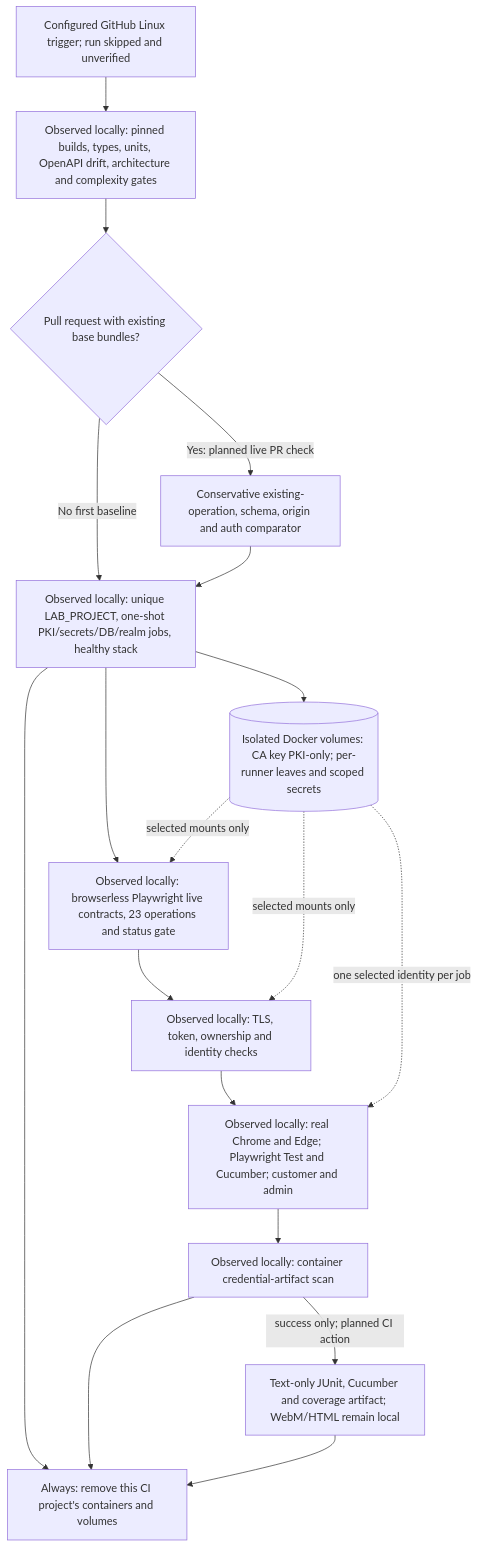
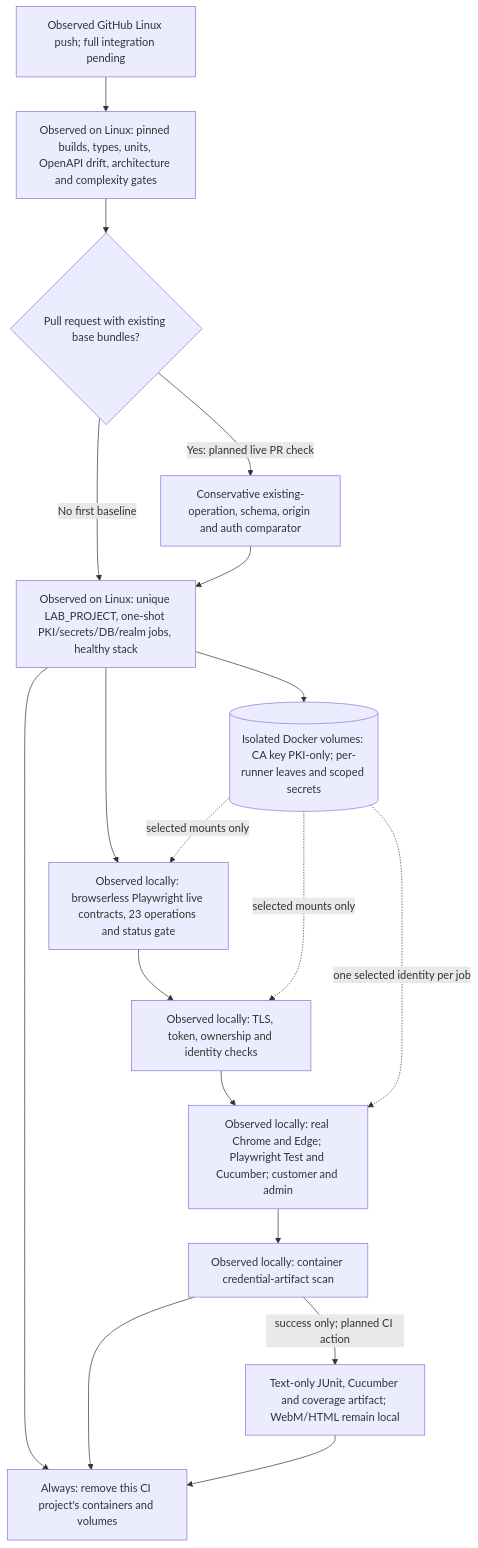
The tenth of 18 diagrams in docs/workflows.md (orieken/testing-with-certs), drawn with Mermaid before and after one commit. The commit also changed other lines of this file and 10 other files, not shown here.

Commit message:
Refresh pinned Chrome package for native Linux CI

````diff
--- a/docs/workflows.md
+++ b/docs/workflows.md
@@ -329,20 +329,20 @@
 ```mermaid
 flowchart TD
-  Trigger["Configured GitHub Linux trigger; run skipped and unverified"] --> Static["Observed locally: pinned builds, types, units, OpenAPI drift, architecture and complexity gates"]
+  Trigger["Observed GitHub Linux push; full integration pending"] --> Static["Observed on Linux: pinned builds, types, units, OpenAPI drift, architecture and complexity gates"]
   Static --> Base{"Pull request with existing base bundles?"}
   Base -->|"Yes: planned live PR check"| Compare["Conservative existing-operation, schema, origin and auth comparator"]
   Base -->|"No first baseline"| Compose
-  Compare --> Compose["Observed locally: unique LAB_PROJECT, one-shot PKI/secrets/DB/realm jobs, healthy stack"]
+  Compare --> Compose["Observed on Linux: unique LAB_PROJECT, one-shot PKI/secrets/DB/realm jobs, healthy stack"]
   Compose --> Certs[("Isolated Docker volumes: CA key PKI-only; per-runner leaves and scoped secrets")]
   Compose --> Contracts["Observed locally: browserless Playwright live contracts, 23 operations and status gate"]
   Contracts --> Security["Observed locally: TLS, token, ownership and identity checks"]
   Security --> Matrix["Observed locally: real Chrome and Edge; Playwright Test and Cucumber; customer and admin"]
   Certs -.->|"selected mounts only"| Contracts
   Certs -.->|"selected mounts only"| Security
   Certs -.->|"one selected identity per job"| Matrix
   Matrix --> Scan["Observed locally: container credential-artifact scan"]
   Scan -->|"success only; planned CI action"| Upload["Text-only JUnit, Cucumber and coverage artifact; WebM/HTML remain local"]
   Compose --> Cleanup["Always: remove this CI project's containers and volumes"]
   Scan --> Cleanup
   Upload --> Cleanup
 ```
````
